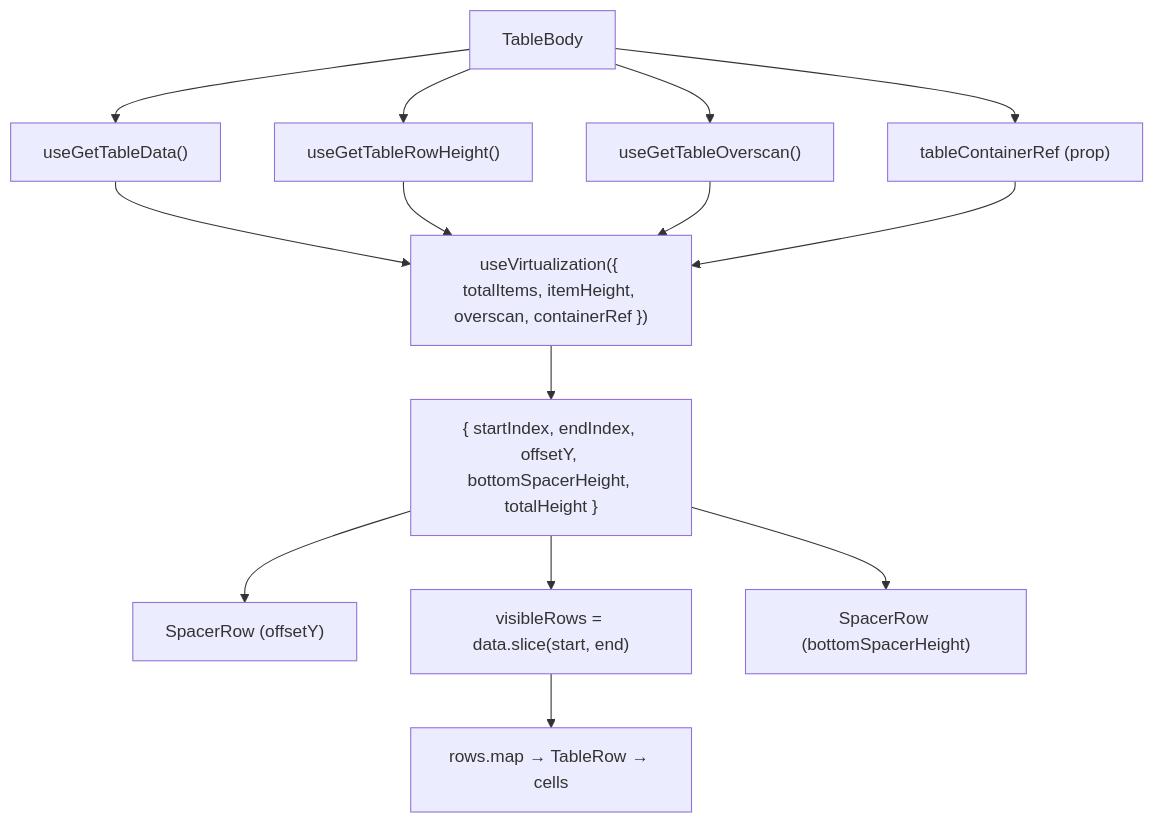
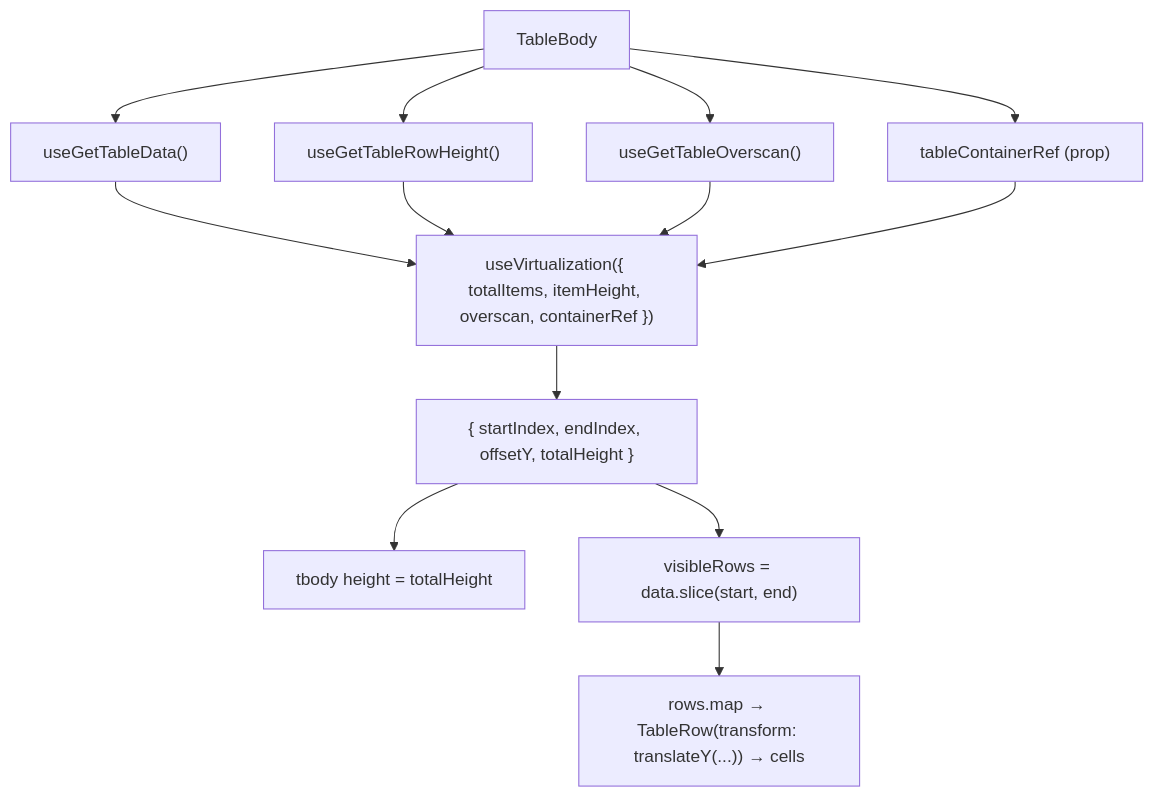
The first of 2 diagrams in src/components/Table/TableBody/ARCHITECTURE.md (luciocabrera/lcabrera-stack), drawn with Mermaid before and after one commit. The commit also changed other lines of this file and 40 other files, not shown here.

````diff
--- a/src/components/Table/TableBody/ARCHITECTURE.md
+++ b/src/components/Table/TableBody/ARCHITECTURE.md
@@ -42,20 +43,17 @@
 ```mermaid
 graph TD
   TB["TableBody"] --> data["useGetTableData()"]
   TB --> rh["useGetTableRowHeight()"]
   TB --> os["useGetTableOverscan()"]
   TB --> ref["tableContainerRef (prop)"]
 
   data --> virt["useVirtualization({ totalItems, itemHeight, overscan, containerRef })"]
   rh --> virt
   os --> virt
   ref --> virt
 
-  virt --> range["{ startIndex, endIndex, offsetY, bottomSpacerHeight, totalHeight }"]
-
-  range --> topSpacer["SpacerRow (offsetY)"]
+  virt --> range["{ startIndex, endIndex, offsetY, totalHeight }"]
+  range --> bodyHeight["tbody height = totalHeight"]
   range --> rows["visibleRows = data.slice(start, end)"]
-  range --> bottomSpacer["SpacerRow (bottomSpacerHeight)"]
-
-  rows --> map["rows.map → TableRow → cells"]
+  rows --> map["rows.map → TableRow(transform: translateY(...)) → cells"]
 ```
````
